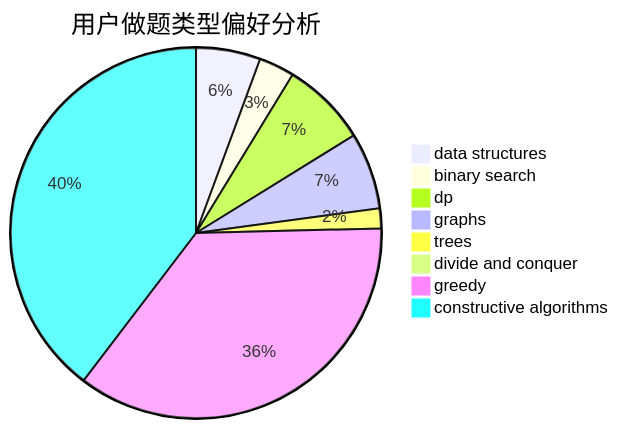
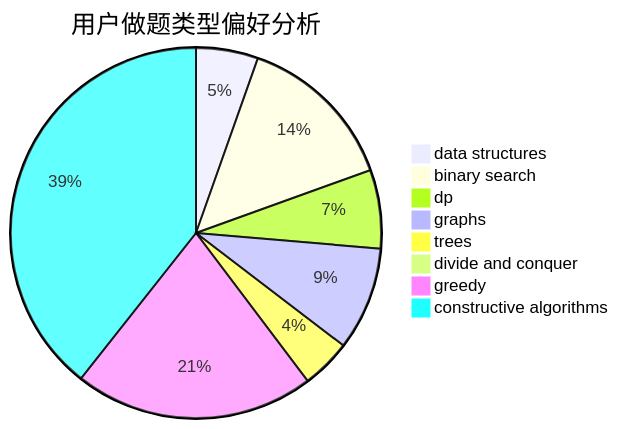
One commit to sherpahu/cfrs.github.io changed the second of 3 diagrams in docs/user/u2235.md. Above: the diagram before and after it, drawn with Mermaid. The commit also changed other lines of this file and 2770 other files, not shown here.

````diff
--- a/docs/user/u2235.md
+++ b/docs/user/u2235.md
@@ -23,11 +23,11 @@
 ```mermaid
 pie title 用户做题类型偏好分析
-    "data structures" :  58
-    "binary search" :  32
-    "dp" :  77
-    "graphs" :  69
-    "trees" :  18
-    "divide and conquer" :  3
-    "greedy" :  369
-    "constructive algorithms" :  409
+    "data structures" :  45
+    "binary search" :  117
+    "dp" :  57
+    "graphs" :  75
+    "trees" :  36
+    "divide and conquer" :  7
+    "greedy" :  174
+    "constructive algorithms" :  327
 ```
````
